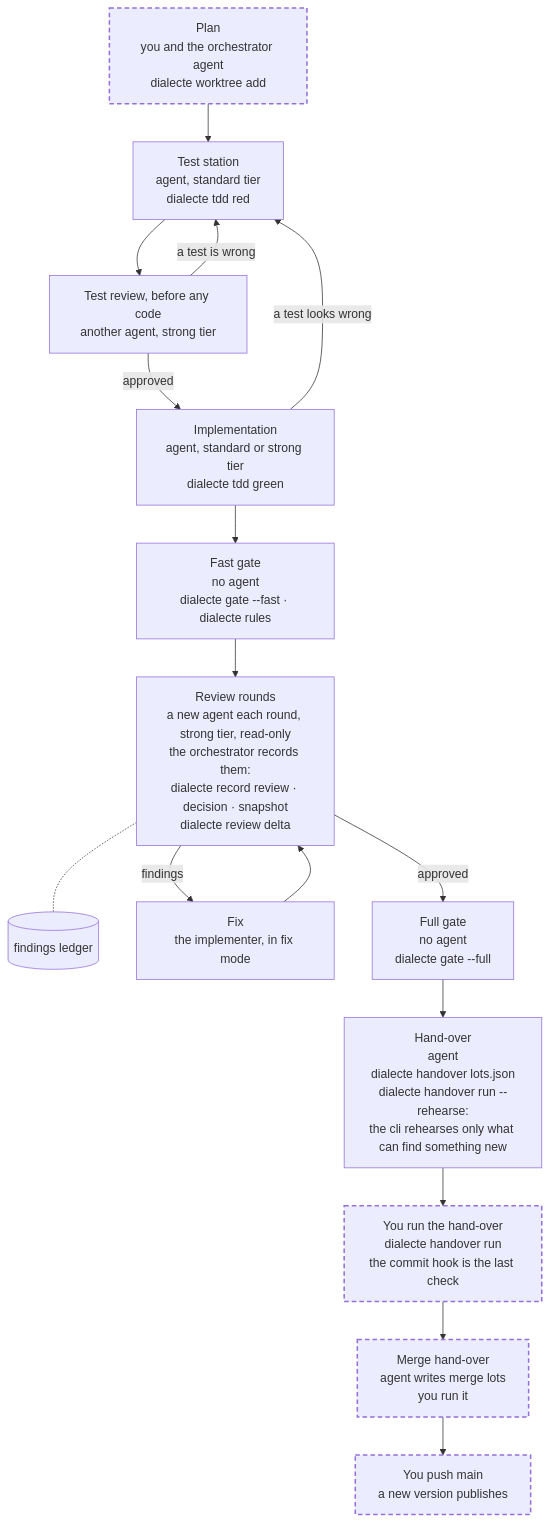
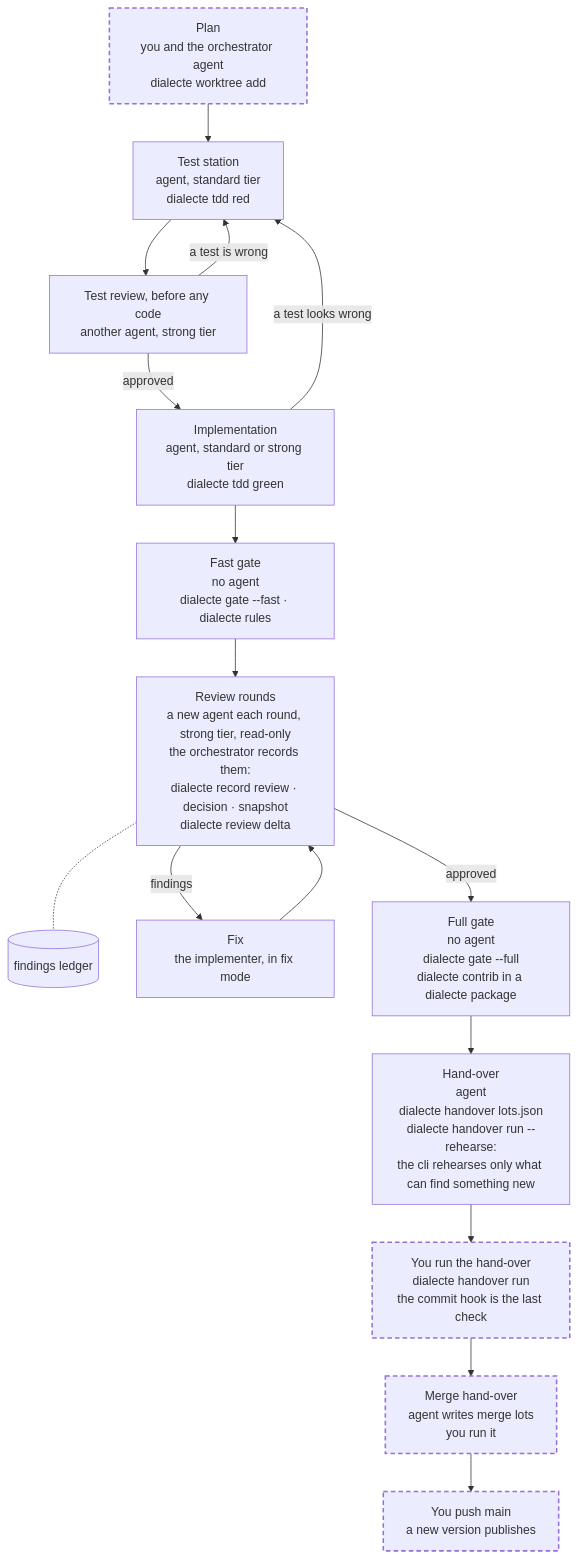
Before and after one commit to dialecte/core: the diagram in doc/guide/development/delivering-with-agents.md, drawn with Mermaid. The commit also changed other lines of this file and 57 other files, not shown here.

First line of the commit message:
docs(skills): dialecte-lot as a consumer skill; a dialecte package's own steps of a lot in dialecte-contributing

````diff
--- a/doc/guide/development/delivering-with-agents.md
+++ b/doc/guide/development/delivering-with-agents.md
@@ -44,28 +44,28 @@
 ```mermaid
 flowchart TD
   plan["Plan<br/>you and the orchestrator agent<br/>dialecte worktree add"]
   red["Test station<br/>agent, standard tier<br/>dialecte tdd red"]
   testReview["Test review, before any code<br/>another agent, strong tier"]
   green["Implementation<br/>agent, standard or strong tier<br/>dialecte tdd green"]
   fast["Fast gate<br/>no agent<br/>dialecte gate --fast · dialecte rules"]
   review["Review rounds<br/>a new agent each round, strong tier, read-only<br/>the orchestrator records them:<br/>dialecte record review · decision · snapshot<br/>dialecte review delta"]
   ledger[("findings ledger")]
   fix["Fix<br/>the implementer, in fix mode"]
-  full["Full gate<br/>no agent<br/>dialecte gate --full"]
+  full["Full gate<br/>no agent<br/>dialecte gate --full<br/>dialecte contrib in a dialecte package"]
   handover["Hand-over<br/>agent<br/>dialecte handover lots.json<br/>dialecte handover run --rehearse:<br/>the cli rehearses only what can find something new"]
   run["You run the hand-over<br/>dialecte handover run<br/>the commit hook is the last check"]
   merge["Merge hand-over<br/>agent writes merge lots<br/>you run it"]
   push["You push main<br/>a new version publishes"]
 
   plan --> red --> testReview
   testReview -- "a test is wrong" --> red
   testReview -- approved --> green
   green -- "a test looks wrong" --> red
   green --> fast --> review
   review -- findings --> fix --> review
   review -.- ledger
   review -- approved --> full --> handover --> run --> merge --> push
 
   classDef person stroke-dasharray: 6 4,stroke-width:2px
   class plan,run,merge,push person
 ```
````
